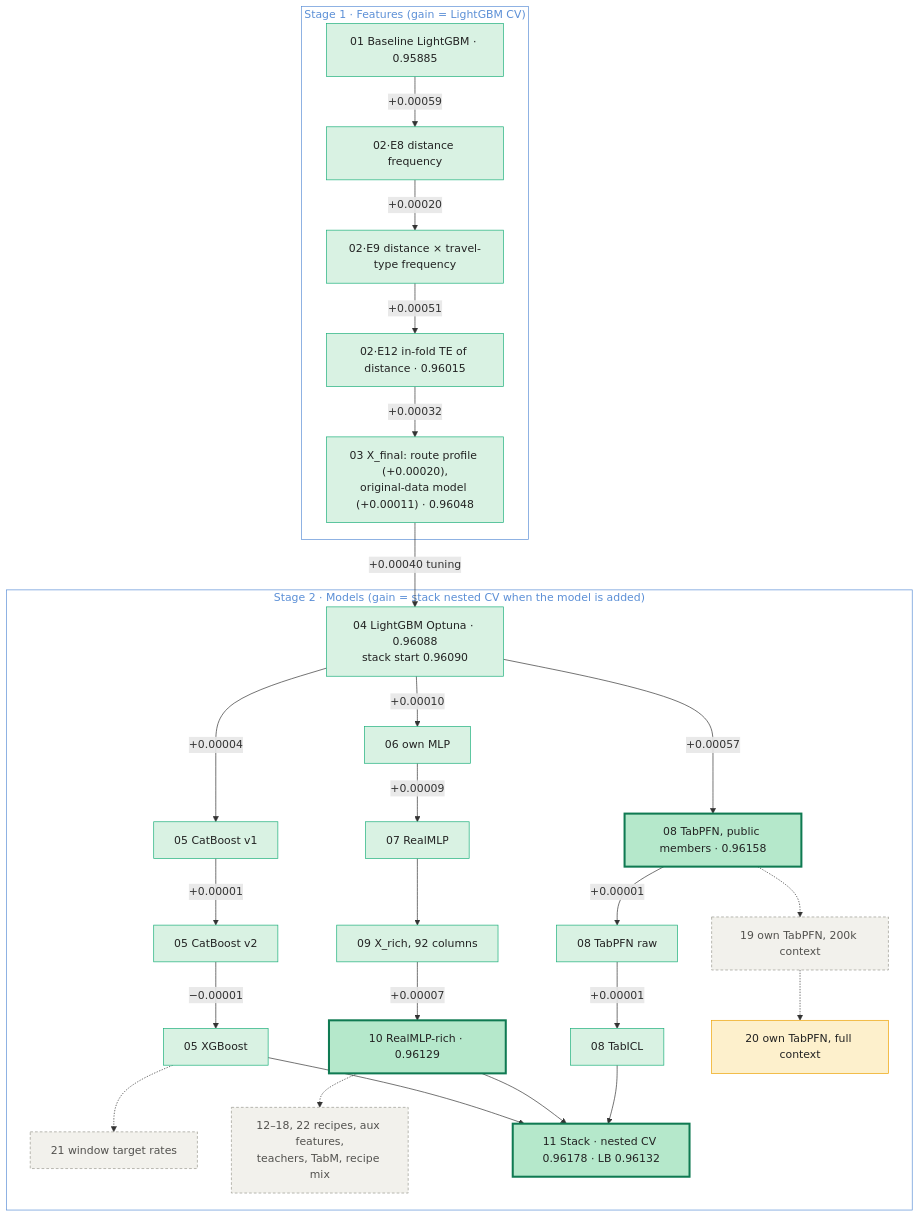
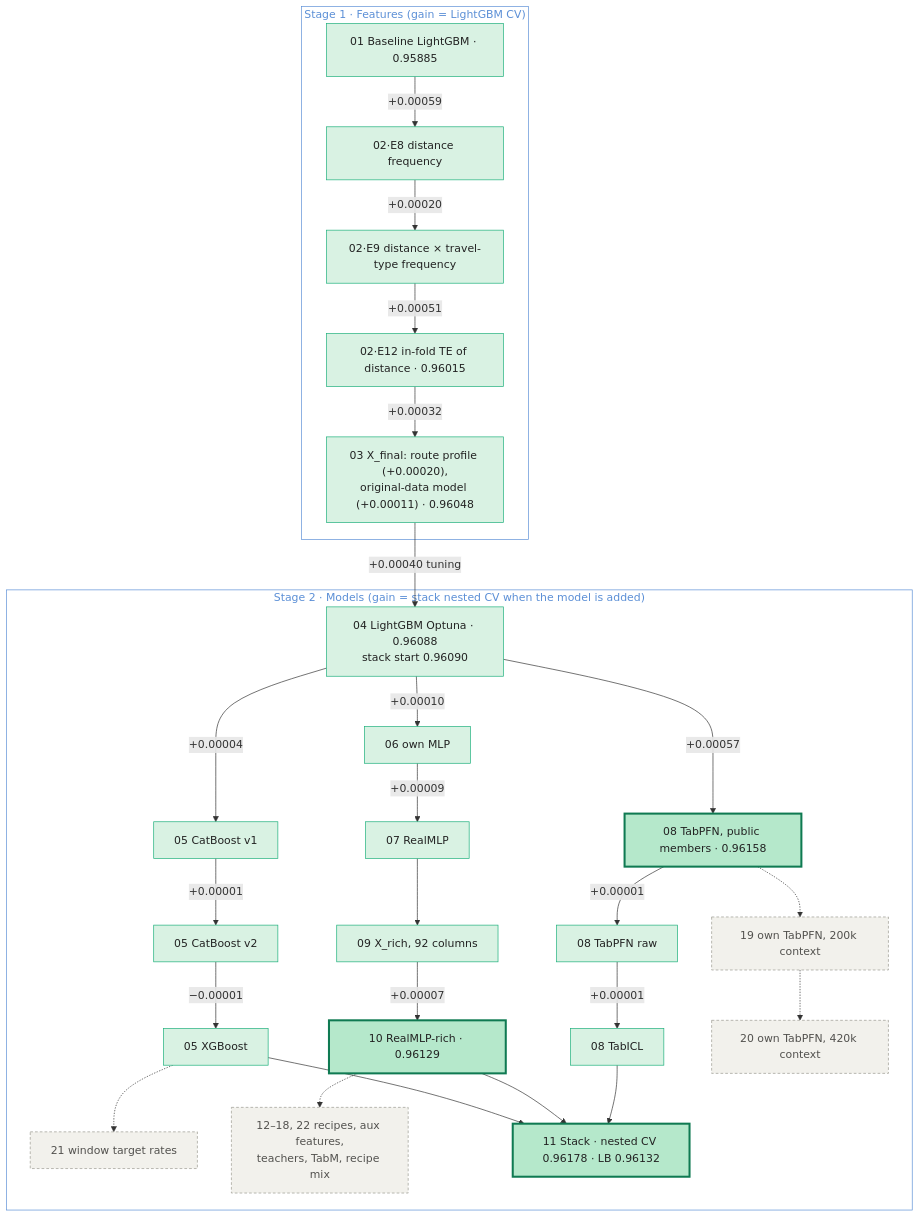
The diagram in predicting_airline_satisfaction_s6e10/README.md (de-lazurenko/kaggle-competitions), drawn with Mermaid before and after one commit. The commit also changed other lines of this file and 11 other files, not shown here.

````diff
--- a/predicting_airline_satisfaction_s6e10/README.md
+++ b/predicting_airline_satisfaction_s6e10/README.md
@@ -23,44 +23,43 @@
 ```mermaid
 flowchart TD
     classDef kept fill:#d9f2e3,stroke:#1baf7a,color:#222
     classDef big fill:#b5e8cb,stroke:#0f7a52,stroke-width:3px,color:#222
     classDef rej fill:#f2f1ec,stroke:#9a9890,stroke-dasharray:4 3,color:#52514e
-    classDef pend fill:#fdf0cc,stroke:#eda100,color:#222
 
     subgraph FEAT["Stage 1 · Features (gain = LightGBM CV)"]
         B01["01 Baseline LightGBM · 0.95885"]:::kept
         B01 -->|"+0.00059"| E8["02·E8 distance frequency"]:::kept
         E8 -->|"+0.00020"| E9["02·E9 distance × travel-type frequency"]:::kept
         E9 -->|"+0.00051"| E12["02·E12 in-fold TE of distance · 0.96015"]:::kept
         E12 -->|"+0.00032"| X03["03 X_final: route profile (+0.00020),<br/>original-data model (+0.00011) · 0.96048"]:::kept
     end
 
     subgraph MOD["Stage 2 · Models (gain = stack nested CV when the model is added)"]
         M04["04 LightGBM Optuna · 0.96088<br/>stack start 0.96090"]:::kept
         M04 -->|"+0.00004"| C1["05 CatBoost v1"]:::kept
         C1 -->|"+0.00001"| C2["05 CatBoost v2"]:::kept
         C2 -->|"−0.00001"| XG["05 XGBoost"]:::kept
         M04 -->|"+0.00010"| M06["06 own MLP"]:::kept
         M06 -->|"+0.00009"| M07["07 RealMLP"]:::kept
         M07 --> F09["09 X_rich, 92 columns"]:::kept
         F09 -->|"+0.00007"| M10["10 RealMLP-rich · 0.96129"]:::big
         M04 -->|"+0.00057"| M08["08 TabPFN, public members · 0.96158"]:::big
         M08 -->|"+0.00001"| M08r["08 TabPFN raw"]:::kept
         M08r -->|"+0.00001"| M08i["08 TabICL"]:::kept
 
         XG -.-> R1["21 window target rates"]:::rej
         M10 -.-> R2["12–18, 22 recipes, aux features,<br/>teachers, TabM, recipe mix"]:::rej
         M08 -.-> R3["19 own TabPFN, 200k context"]:::rej
-        R3 -.-> P20["20 own TabPFN, full context"]:::pend
+        R3 -.-> P20["20 own TabPFN, 420k context"]:::rej
 
         XG --> S11
         M10 --> S11
         M08i --> S11
         S11["11 Stack · nested CV 0.96178 · LB 0.96132"]:::big
     end
 
     X03 -->|"+0.00040 tuning"| M04
 
     style FEAT fill:none,stroke:#5b8fd6,stroke-width:1px,color:#5b8fd6
     style MOD fill:none,stroke:#5b8fd6,stroke-width:1px,color:#5b8fd6
 ```
````
